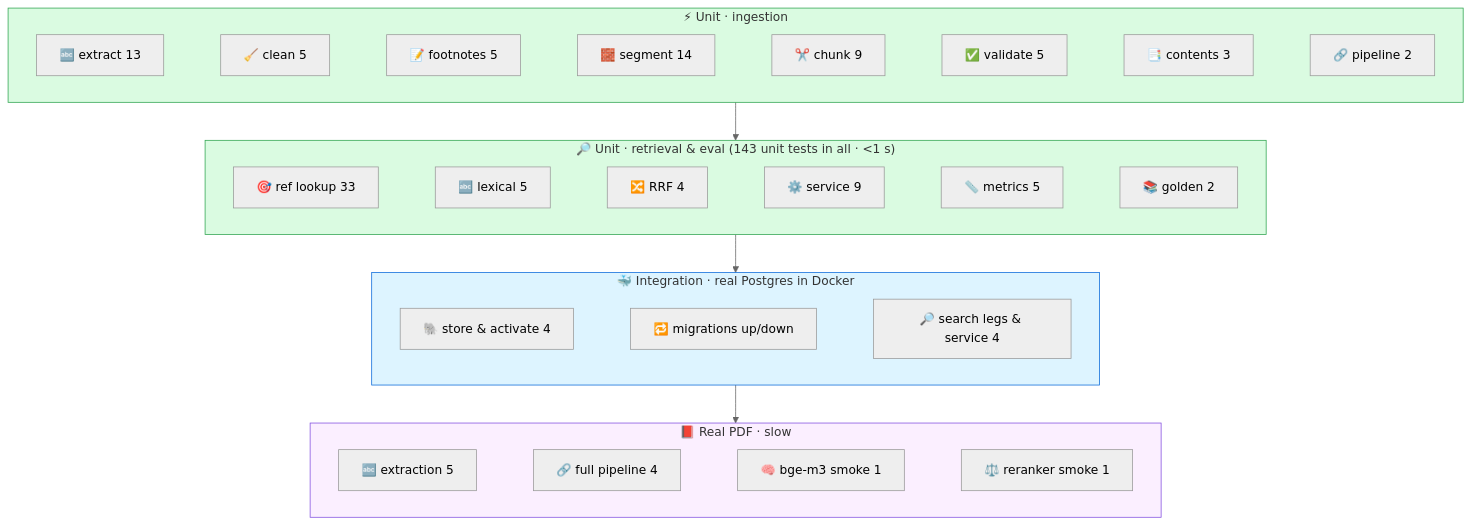
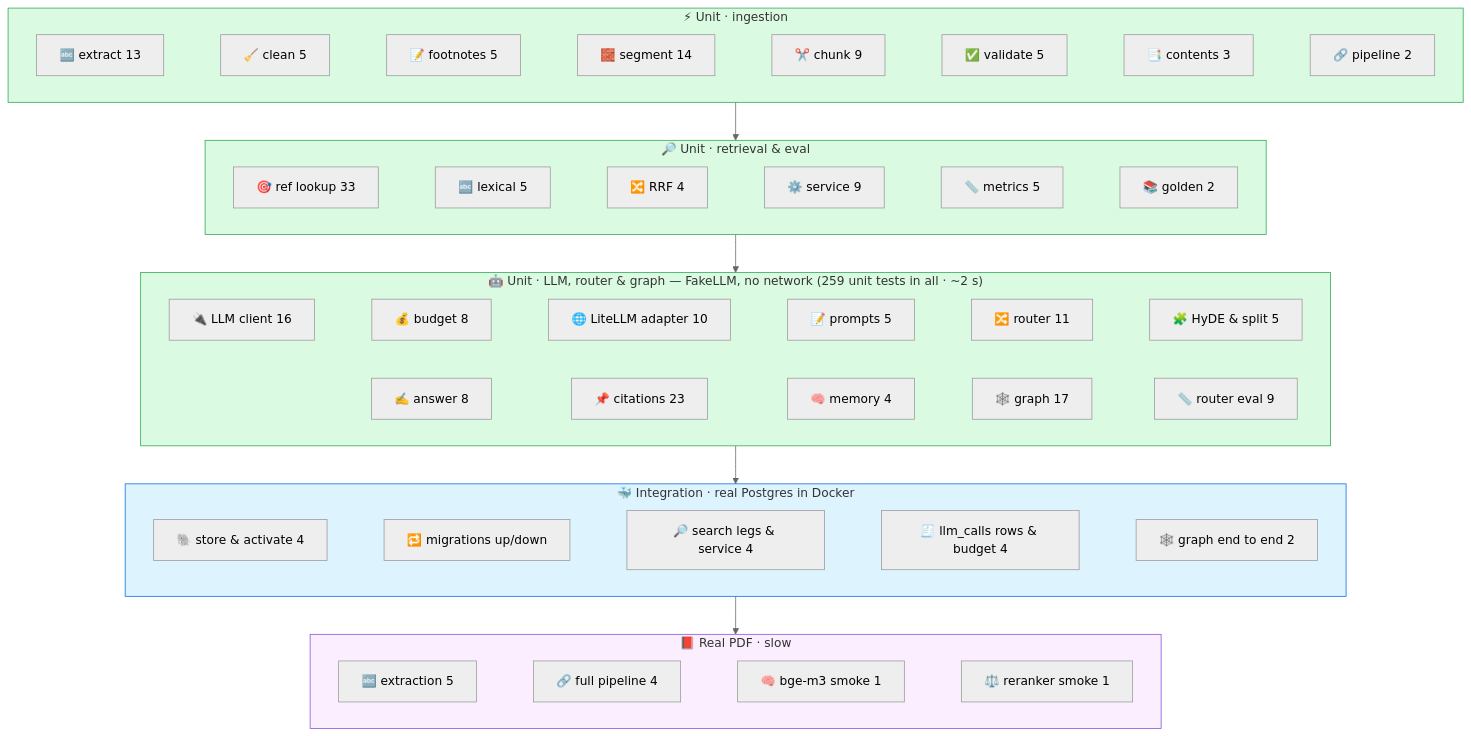
Before and after one commit to sshubham07/anuchhed-ai: the diagram in docs/diagrams/tests.mmd, drawn with Mermaid (neutral theme). The commit also changed 72 other files, not shown here.

First line of the commit message:
feat(llm): LiteLLM client, router, answer generation and LangGraph pipeline (Phase 4)

```diff
--- a/docs/diagrams/tests.mmd
+++ b/docs/diagrams/tests.mmd
@@ -1,22 +1,28 @@
 flowchart TB
     subgraph U ["⚡ Unit · ingestion"]
         direction LR
         u1["🔤 extract 13"] ~~~ u2["🧹 clean 5"] ~~~ u3["📝 footnotes 5"] ~~~ u4["🧱 segment 14"] ~~~ u5["✂️ chunk 9"] ~~~ u6["✅ validate 5"] ~~~ u7["📑 contents 3"] ~~~ u8["🔗 pipeline 2"]
     end
-    subgraph UR ["🔎 Unit · retrieval & eval  (143 unit tests in all · <1 s)"]
+    subgraph UR ["🔎 Unit · retrieval & eval"]
         direction LR
         v1["🎯 ref lookup 33"] ~~~ v2["🔤 lexical 5"] ~~~ v3["🔀 RRF 4"] ~~~ v4["⚙️ service 9"] ~~~ v5["📏 metrics 5"] ~~~ v6["📚 golden 2"]
     end
+    subgraph UL ["🤖 Unit · LLM, router & graph — FakeLLM, no network  (259 unit tests in all · ~2 s)"]
+        direction LR
+        l1["🔌 LLM client 16"] ~~~ l2["💰 budget 8"] ~~~ l3["🌐 LiteLLM adapter 10"] ~~~ l4["📝 prompts 5"] ~~~ l5["🔀 router 11"] ~~~ l6["🧩 HyDE & split 5"]
+        l7["✍️ answer 8"] ~~~ l8["📌 citations 23"] ~~~ l9["🧠 memory 4"] ~~~ l10["🕸️ graph 17"] ~~~ l11["📏 router eval 9"]
+    end
     subgraph I ["🐳 Integration · real Postgres in Docker"]
         direction LR
-        i1["🐘 store & activate 4"] ~~~ i2["🔁 migrations up/down"] ~~~ i3["🔎 search legs & service 4"]
+        i1["🐘 store & activate 4"] ~~~ i2["🔁 migrations up/down"] ~~~ i3["🔎 search legs & service 4"] ~~~ i4["🧾 llm_calls rows & budget 4"] ~~~ i5["🕸️ graph end to end 2"]
     end
     subgraph R ["📕 Real PDF · slow"]
         direction LR
         r1["🔤 extraction 5"] ~~~ r2["🔗 full pipeline 4"] ~~~ r3["🧠 bge-m3 smoke 1"] ~~~ r4["⚖️ reranker smoke 1"]
     end
-    U --> UR --> I --> R
+    U --> UR --> UL --> I --> R
     style U fill:#dafbe1,stroke:#2ea44f
     style UR fill:#dafbe1,stroke:#2ea44f
+    style UL fill:#dafbe1,stroke:#2ea44f
     style I fill:#ddf4ff,stroke:#0969da
     style R fill:#fbefff,stroke:#8250df
```
